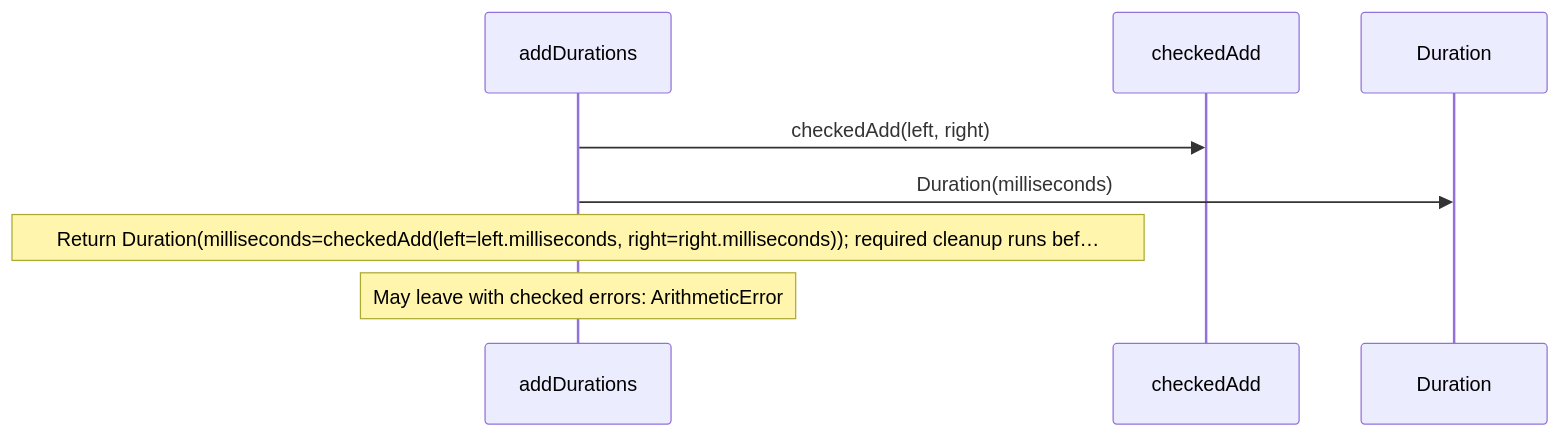
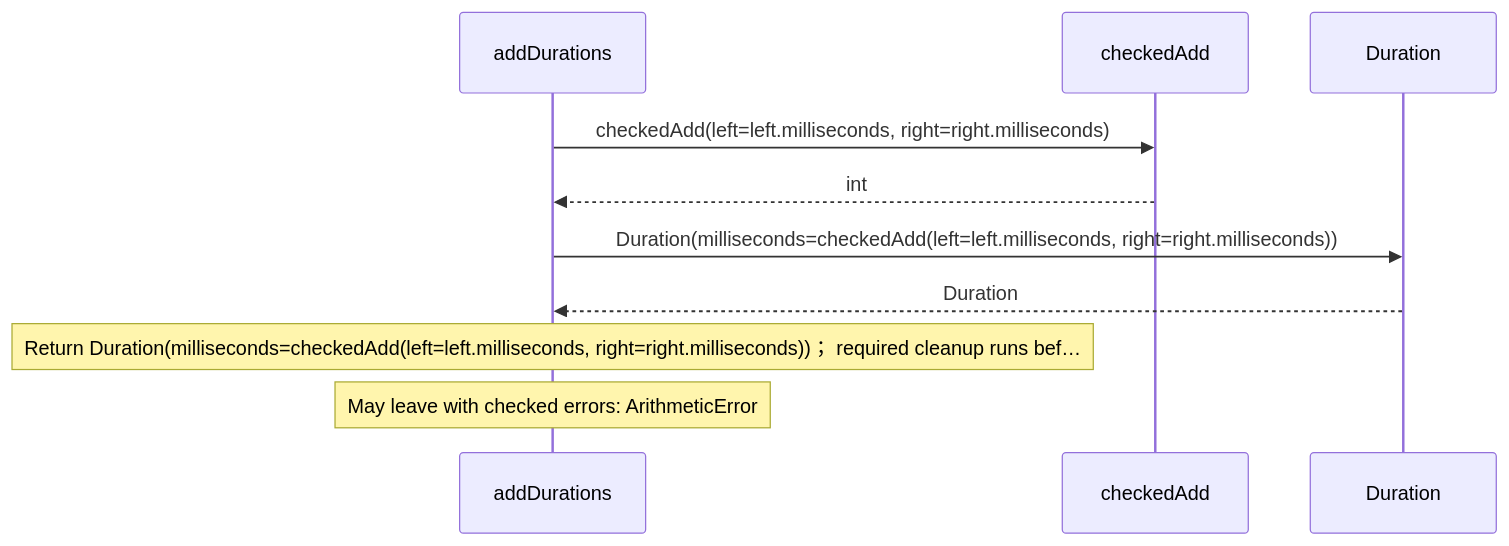
Before and after one commit to GreenPandaStudios/augscript: the sixth of 7 diagrams in src/stdlib/values/durations.aug.diagrams.md, drawn with Mermaid. The commit also changed other lines of this file and 524 other files, not shown here.

Commit message:
Explain checked data flow at folder and service levels

````diff
--- a/src/stdlib/values/durations.aug.diagrams.md
+++ b/src/stdlib/values/durations.aug.diagrams.md
@@ -223,10 +207,12 @@
 ```mermaid
 sequenceDiagram
     participant p0 as addDurations
     participant p1 as checkedAdd
     participant p2 as Duration
-    p0->>p1: checkedAdd(left, right)
-    p0->>p2: Duration(milliseconds)
-    Note over p0: Return Duration(milliseconds=checkedAdd(left=left.milliseconds, right=right.milliseconds))#59; required cleanup runs bef…
+    p0->>p1: checkedAdd(left=left.milliseconds, right=right.milliseconds)
+    p1-->>p0: int
+    p0->>p2: Duration(milliseconds=checkedAdd(left=left.milliseconds, right=right.milliseconds))
+    p2-->>p0: Duration
+    Note over p0: Return Duration(milliseconds=checkedAdd(left=left.milliseconds, right=right.milliseconds))； required cleanup runs bef…
     Note over p0: May leave with checked errors: ArithmeticError
 ```
````
